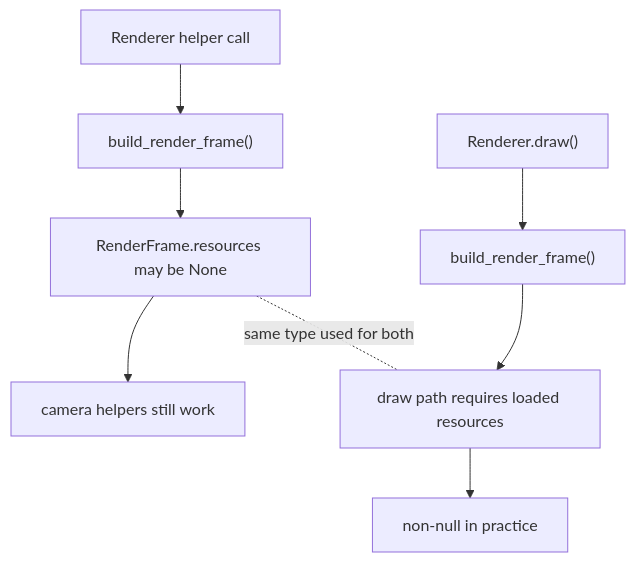
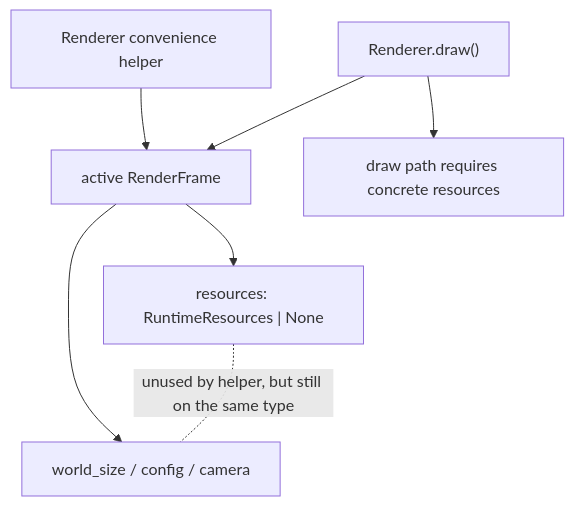
Before and after one commit to banteg/crimson: the fourth of 5 diagrams in docs/rewrite/resource-lifecycle.md, drawn with Mermaid. The commit also changed other lines of this file, not shown here.

````diff
--- a/docs/rewrite/resource-lifecycle.md
+++ b/docs/rewrite/resource-lifecycle.md
@@ -77,12 +93,10 @@
 ```mermaid
 flowchart TD
-    A["Renderer helper call"] --> B["build_render_frame()"]
-    B --> C["RenderFrame.resources may be None"]
-    C --> D["camera helpers still work"]
+    A["Renderer convenience helper"] --> B["active RenderFrame"]
+    B --> C["world_size / config / camera"]
+    B --> D["resources: RuntimeResources | None"]
+    D -.unused by helper, but still on the same type.- C
 
-    E["Renderer.draw()"] --> F["build_render_frame()"]
-    F --> G["draw path requires loaded resources"]
-    G --> H["non-null in practice"]
-
-    C -.same type used for both.- G
+    E["Renderer.draw()"] --> B
+    E --> F["draw path requires concrete resources"]
 ```
````
